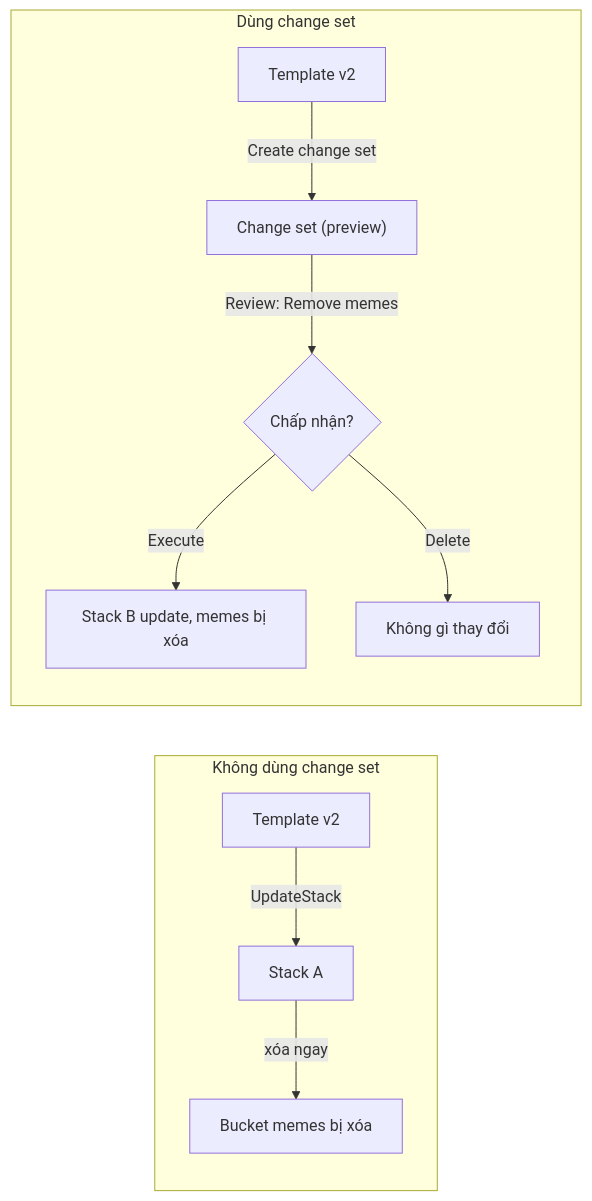
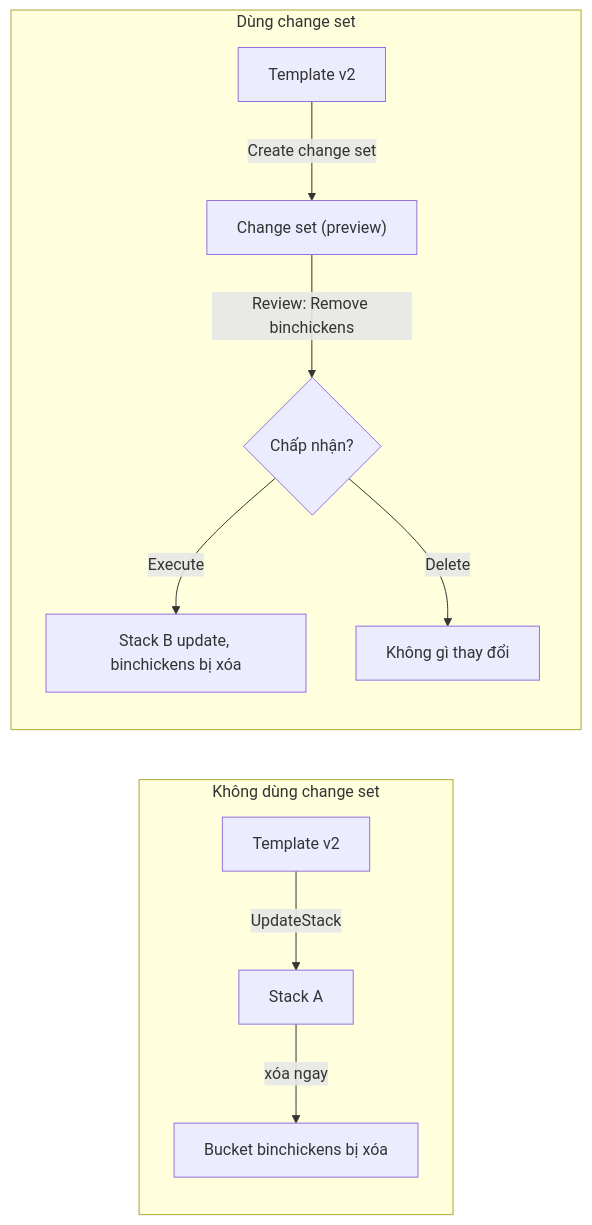
One commit to hairbui76/aws-saa-c03 changed the diagram in data/19 CloudFormation/CFN Change Sets.md. Above: the diagram before and after it, drawn with Mermaid. The commit also changed other lines of this file and 42 other files, not shown here.

````diff
--- a/data/19 CloudFormation/CFN Change Sets.md
+++ b/data/19 CloudFormation/CFN Change Sets.md
@@ -35,13 +45,13 @@
 ```mermaid
 flowchart LR
     subgraph A["Không dùng change set"]
         A1["Template v2"] -->|UpdateStack| A2["Stack A"]
-        A2 -->|"xóa ngay"| A3["Bucket memes bị xóa"]
+        A2 -->|"xóa ngay"| A3["Bucket binchickens bị xóa"]
     end
     subgraph B["Dùng change set"]
         B1["Template v2"] -->|"Create change set"| B2["Change set (preview)"]
-        B2 -->|"Review: Remove memes"| B3{"Chấp nhận?"}
-        B3 -->|Execute| B4["Stack B update, memes bị xóa"]
+        B2 -->|"Review: Remove binchickens"| B3{"Chấp nhận?"}
+        B3 -->|Execute| B4["Stack B update, binchickens bị xóa"]
         B3 -->|Delete| B5["Không gì thay đổi"]
     end
 ```
````
